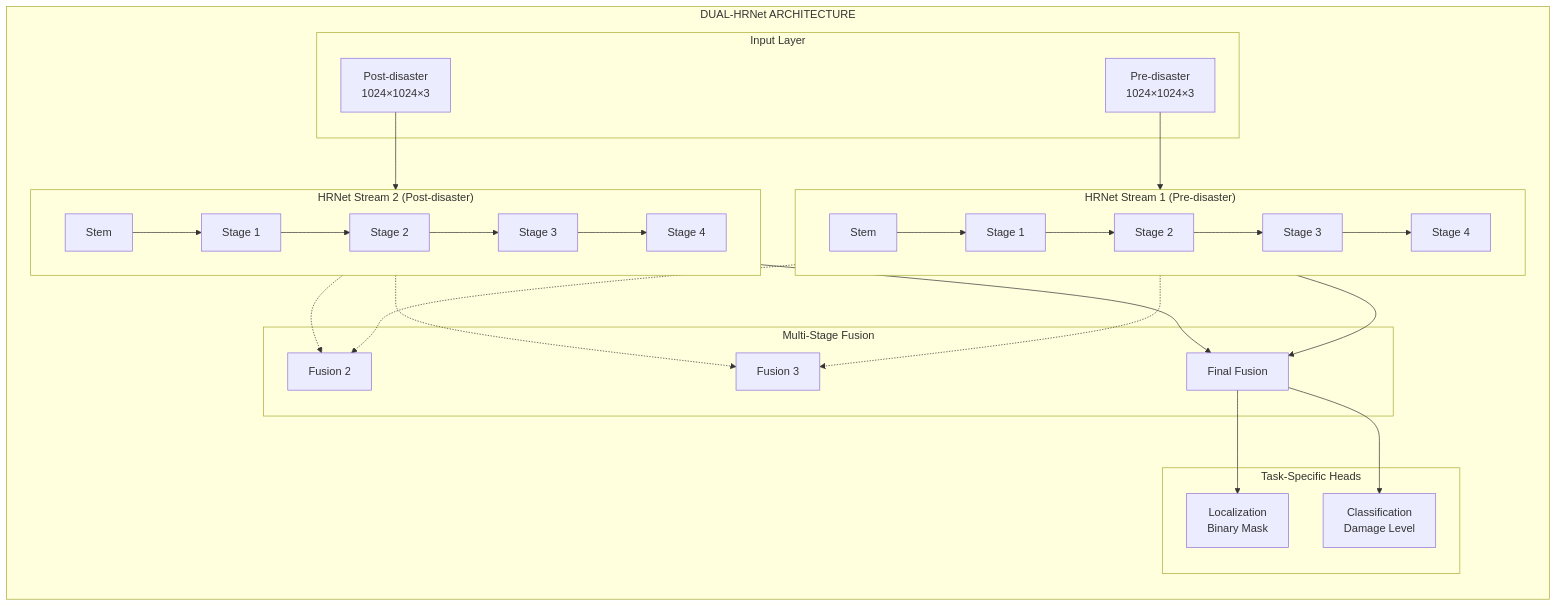
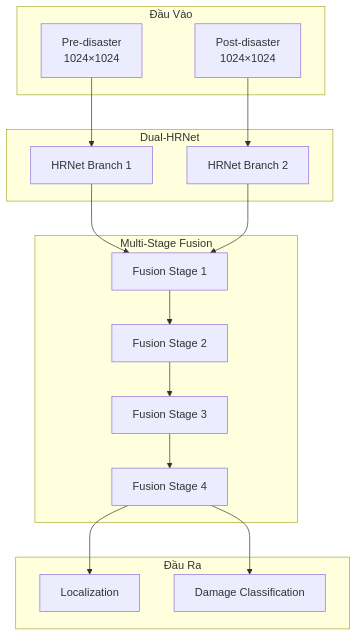
The third of 5 diagrams in research/chuong-06-xview-challenges/muc-02-xview2-building-damage/06-giai-nam.md (rerangst/geobayai_lab), drawn with Mermaid before and after one commit. The commit also changed other lines of this file and 18 other files, not shown here.

````diff
--- a/research/chuong-06-xview-challenges/muc-02-xview2-building-damage/06-giai-nam.md
+++ b/research/chuong-06-xview-challenges/muc-02-xview2-building-damage/06-giai-nam.md
@@ -209,44 +82,31 @@
 ```mermaid
 flowchart TB
-    subgraph DUAL_HRNET["DUAL-HRNet ARCHITECTURE"]
-        direction TB
+    subgraph INPUT["Đầu Vào"]
+        PRE["Pre-disaster<br/>1024×1024"]
+        POST["Post-disaster<br/>1024×1024"]
+    end
 
-        subgraph INPUT_LAYER["Input Layer"]
-            PRE["Pre-disaster<br/>1024×1024×3"]
-            POST["Post-disaster<br/>1024×1024×3"]
-        end
+    subgraph DUAL["Dual-HRNet"]
+        HRNET1["HRNet Branch 1"]
+        HRNET2["HRNet Branch 2"]
+    end
 
-        subgraph STREAM1["HRNet Stream 1 (Pre-disaster)"]
-            direction LR
-            S1_STEM["Stem"] --> S1_S1["Stage 1"]
-            S1_S1 --> S1_S2["Stage 2"]
-            S1_S2 --> S1_S3["Stage 3"]
-            S1_S3 --> S1_S4["Stage 4"]
-        end
+    subgraph FUSION["Multi-Stage Fusion"]
+        F1["Fusion Stage 1"]
+        F2["Fusion Stage 2"]
+        F3["Fusion Stage 3"]
+        F4["Fusion Stage 4"]
+    end
 
-        subgraph STREAM2["HRNet Stream 2 (Post-disaster)"]
-            direction LR
-            S2_STEM["Stem"] --> S2_S1["Stage 1"]
-            S2_S1 --> S2_S2["Stage 2"]
-            S2_S2 --> S2_S3["Stage 3"]
-            S2_S3 --> S2_S4["Stage 4"]
-        end
+    subgraph OUTPUT["Đầu Ra"]
+        LOC["Localization"]
+        DMG["Damage Classification"]
+    end
 
-        PRE --> S1_STEM
-        POST --> S2_STEM
-
-        subgraph FUSION_LAYER["Multi-Stage Fusion"]
-            S1_S2 -.-> F2["Fusion 2"]
-            S2_S2 -.-> F2
-            S1_S3 -.-> F3["Fusion 3"]
-            S2_S3 -.-> F3
-            S1_S4 --> F4["Final Fusion"]
-            S2_S4 --> F4
-        end
-
-        subgraph OUTPUT_HEADS["Task-Specific Heads"]
-            F4 --> LOC["Localization<br/>Binary Mask"]
-            F4 --> CLS["Classification<br/>Damage Level"]
-        end
-    end
+    PRE --> HRNET1
+    POST --> HRNET2
+    HRNET1 --> F1 --> F2 --> F3 --> F4
+    HRNET2 --> F1
+    F4 --> LOC
+    F4 --> DMG
 ```
````
